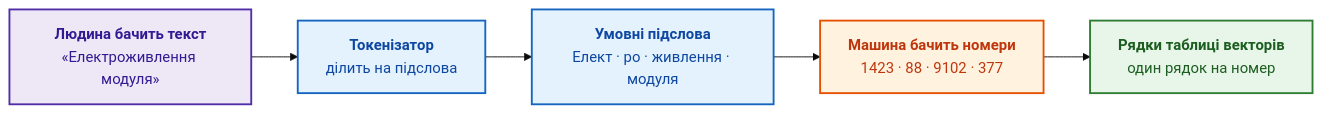
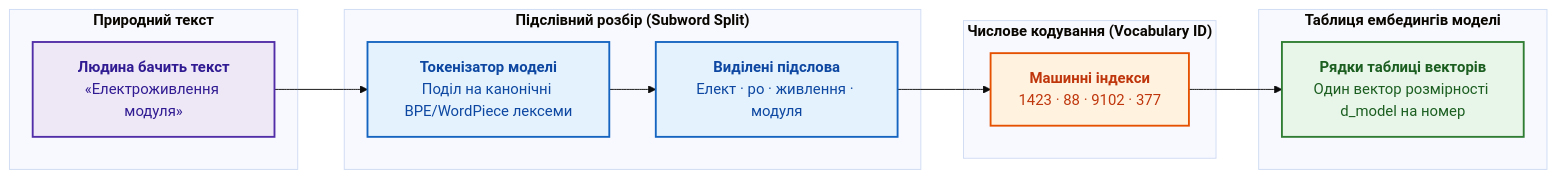
One commit to nick-fedchik/articles changed the eighth of 10 diagrams in ExpertSystem/ch08-engineering-artifacts-as-data.md. Above: the diagram before and after it, drawn with Mermaid (base theme). The commit also changed other lines of this file and 1 other file, not shown here.

Commit message:
docs(ch08): modernize legacy Mermaid diagrams to publication-grade flowchart and sync registry

````diff
--- a/ExpertSystem/ch08-engineering-artifacts-as-data.md
+++ b/ExpertSystem/ch08-engineering-artifacts-as-data.md
@@ -787,20 +843,37 @@
 ```mermaid
-graph LR
+flowchart LR
     accTitle: Підслівна токенізація інженерного тексту
     accDescr: Текст «Електроживлення модуля» токенізатор ділить на підслова, підслова отримують числові номери, а кожен номер вибирає рядок у таблиці векторів моделі.
 
-    H["<b>Людина бачить текст</b><br/>«Електроживлення модуля»"] --> Tz["<b>Токенізатор</b><br/>ділить на підслова"]
-    Tz --> Sub["<b>Умовні підслова</b><br/>Елект · ро · живлення · модуля"]
-    Sub --> ID["<b>Машина бачить номери</b><br/>1423 · 88 · 9102 · 377"]
-    ID --> E["<b>Рядки таблиці векторів</b><br/>один рядок на номер"]
+    subgraph UserText["<b>Природний текст</b>"]
+        H["<b>Людина бачить текст</b><br/>«Електроживлення модуля»"]
+    end
+
+    subgraph SubwordTokenizer["<b>Підслівний розбір (Subword Split)</b>"]
+        Tz["<b>Токенізатор моделі</b><br/>Поділ на канонічні BPE/WordPiece лексеми"]
+        Sub["<b>Виділені підслова</b><br/>Елект · ро · живлення · модуля"]
+        Tz --> Sub
+    end
+
+    subgraph VocabularyMapping["<b>Числове кодування (Vocabulary ID)</b>"]
+        ID["<b>Машинні індекси</b><br/>1423 · 88 · 9102 · 377"]
+    end
+
+    subgraph EmbeddingTable["<b>Таблиця ембедингів моделі</b>"]
+        E["<b>Рядки таблиці векторів</b><br/>Один вектор розмірності d_model на номер"]
+    end
+
+    H --> Tz
+    Sub --> ID
+    ID --> E
 
     classDef hum fill:#ede7f6,stroke:#512da8,stroke-width:2px,color:#311b92;
     classDef tok fill:#e3f2fd,stroke:#1565c0,stroke-width:2px,color:#0d47a1;
     classDef num fill:#fff3e0,stroke:#e65100,stroke-width:2px,color:#bf360c;
     classDef emb fill:#e8f5e9,stroke:#2e7d32,stroke-width:2px,color:#1b5e20;
 
     class H hum;
     class Tz,Sub tok;
     class ID num;
     class E emb;
 ```
````
